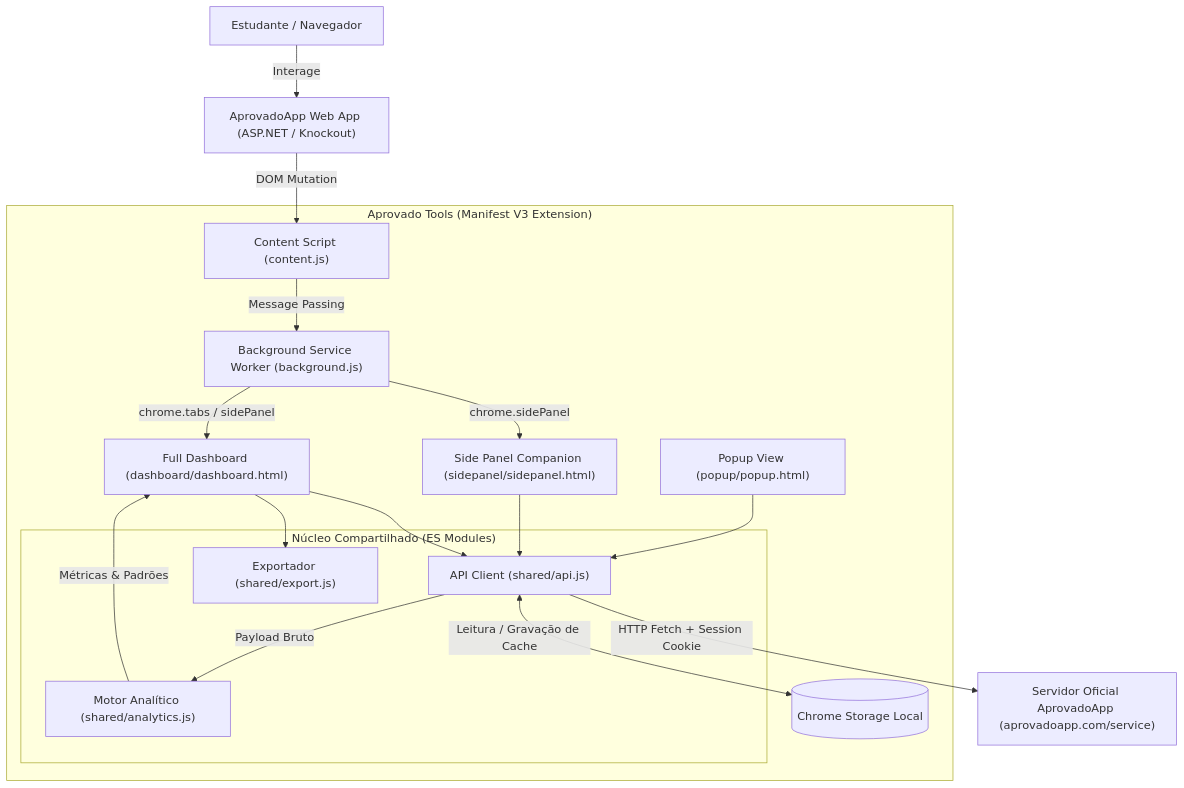
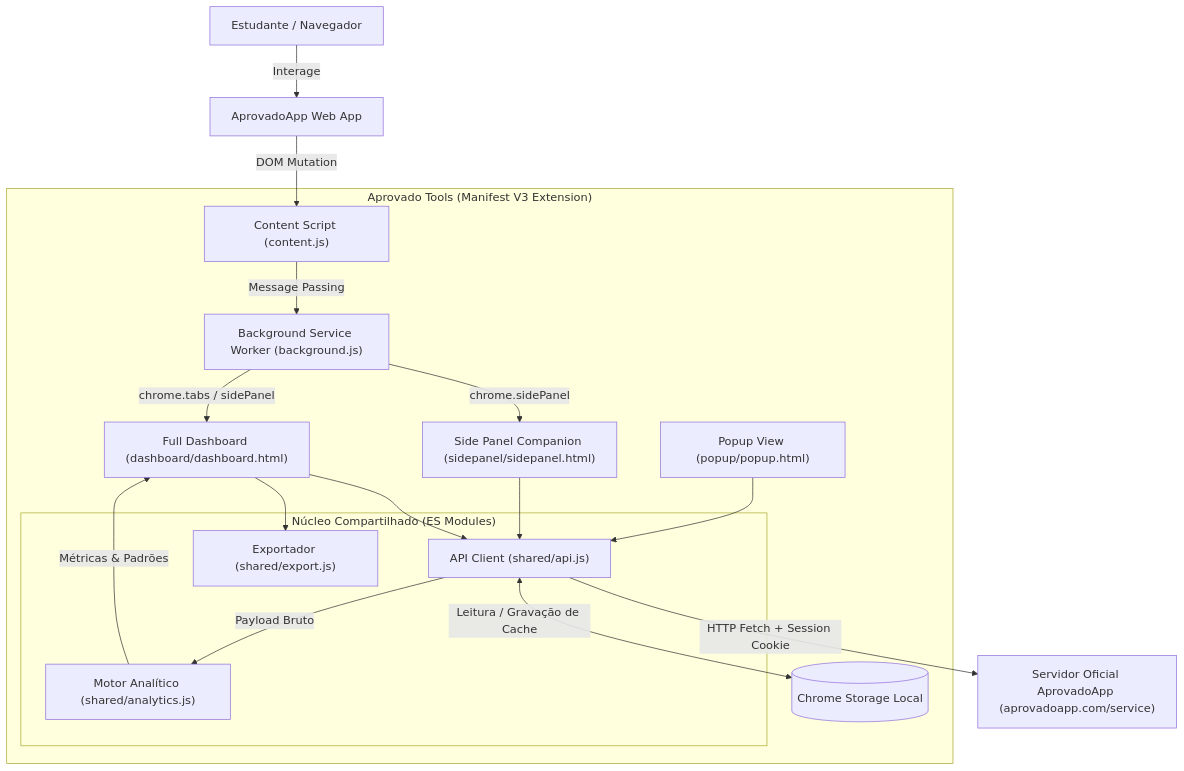
The first of 3 diagrams in ARCHITECTURE.md (prof-ramos/aprovado-tools), drawn with Mermaid before and after one commit. The commit also changed other lines of this file and 7 other files, not shown here.

````diff
--- a/ARCHITECTURE.md
+++ b/ARCHITECTURE.md
@@ -11,39 +11,39 @@
 ```mermaid
 graph TD
     User["Estudante / Navegador"]
-    Site["AprovadoApp Web App (ASP.NET / Knockout)"]
+    Site["AprovadoApp Web App"]
     
     subgraph Extension ["Aprovado Tools (Manifest V3 Extension)"]
         CS["Content Script (content.js)"]
         SW["Background Service Worker (background.js)"]
         Popup["Popup View (popup/popup.html)"]
         SidePanel["Side Panel Companion (sidepanel/sidepanel.html)"]
         Dashboard["Full Dashboard (dashboard/dashboard.html)"]
         
         subgraph CoreShared ["Núcleo Compartilhado (ES Modules)"]
             API["API Client (shared/api.js)"]
             Analytics["Motor Analítico (shared/analytics.js)"]
             Export["Exportador (shared/export.js)"]
         end
         
         Storage[("Chrome Storage Local")]
     end
     
     Backend["Servidor Oficial AprovadoApp (aprovadoapp.com/service)"]
     
     User -->|Interage| Site
     Site -->|DOM Mutation| CS
     CS -->|Message Passing| SW
     SW -->|chrome.tabs / sidePanel| Dashboard
     SW -->|chrome.sidePanel| SidePanel
     
     Popup --> API
     SidePanel --> API
     Dashboard --> API
     
     API -->|HTTP Fetch + Session Cookie| Backend
     API <-->|Leitura / Gravação de Cache| Storage
     API -->|Payload Bruto| Analytics
     Analytics -->|Métricas & Padrões| Dashboard
     Dashboard --> Export
 ```
````
